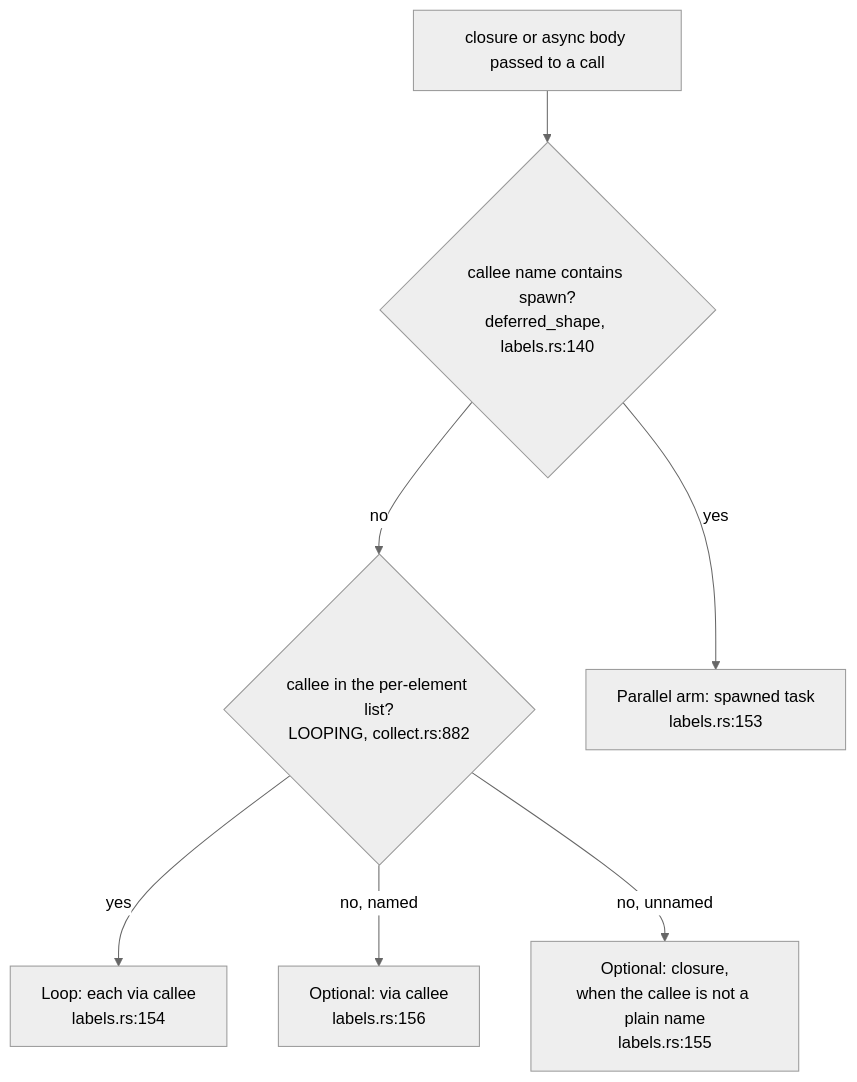
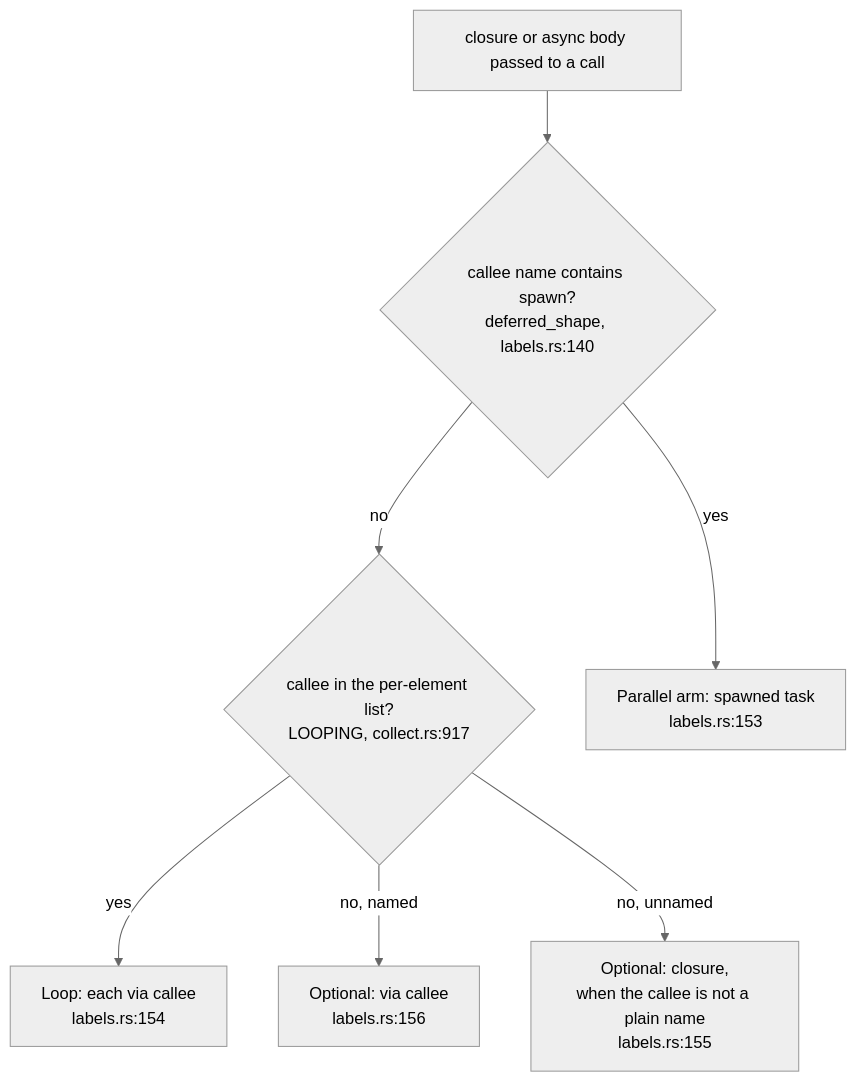
One commit to DreamLab-AI/codemaid changed the third of 7 diagrams in docs/diagrams/extract/03-the-flow-walker-and-raw-ir.md. Above: the diagram before and after it, drawn with Mermaid (neutral theme). The commit also changed other lines of this file and 8 other files, not shown here.

First line of the commit message:
docs(diagrams): restamp the extract topics to fec7aff; record the generics fix

````diff
--- a/docs/diagrams/extract/03-the-flow-walker-and-raw-ir.md
+++ b/docs/diagrams/extract/03-the-flow-walker-and-raw-ir.md
@@ -144,16 +144,16 @@
 ```mermaid
 flowchart TB
     D["closure or async body passed to a call"]
     SP{"callee name contains spawn?<br/>deferred_shape, labels.rs:140"}
-    LP{"callee in the per-element list?<br/>LOOPING, collect.rs:882"}
+    LP{"callee in the per-element list?<br/>LOOPING, collect.rs:917"}
     PAR["Parallel arm: spawned task<br/>labels.rs:153"]
     LOOP["Loop: each via callee<br/>labels.rs:154"]
     OPT["Optional: via callee<br/>labels.rs:156"]
     ANON["Optional: closure,<br/>when the callee is not a plain name<br/>labels.rs:155"]
     D --> SP
     SP -->|yes| PAR
     SP -->|no| LP
     LP -->|yes| LOOP
     LP -->|no, named| OPT
     LP -->|no, unnamed| ANON
 ```
````
